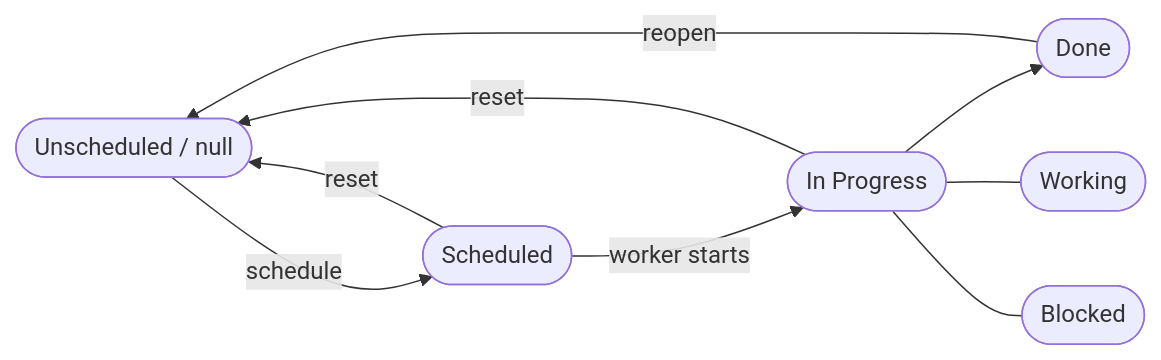
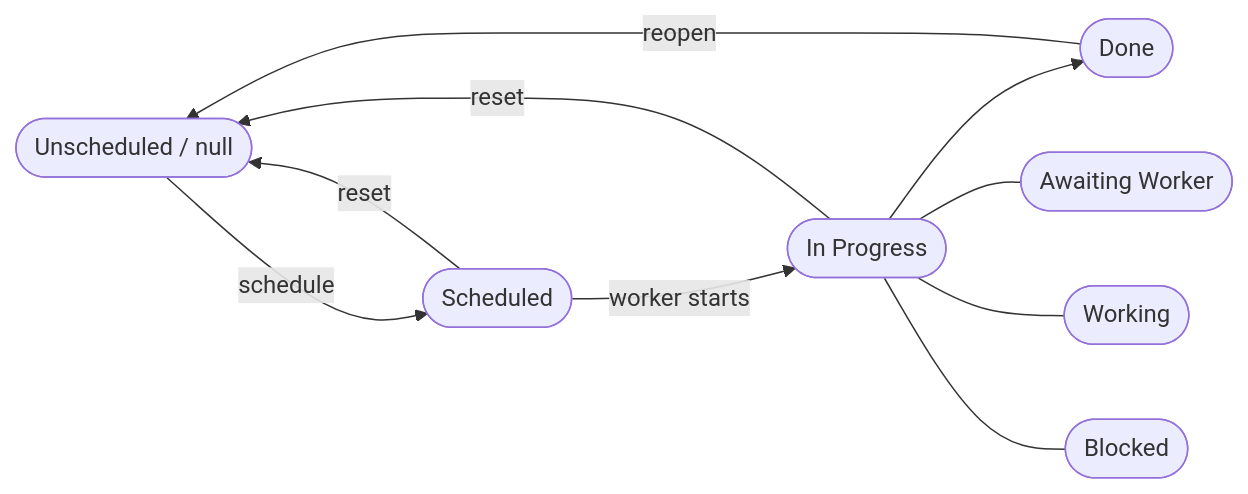
Before and after one commit to ClarifiedLabs/flow: the diagram in docs/usage.md, drawn with Mermaid. The commit also changed other lines of this file, not shown here.

First line of the commit message:
Merge t-flow-0027: Document the awaiting_worker lane state in docs/usage.md

````diff
--- a/docs/usage.md
+++ b/docs/usage.md
@@ -50,11 +50,12 @@
 ```mermaid
 flowchart LR
     unscheduled([Unscheduled / null]) -->|schedule| scheduled([Scheduled])
     scheduled -->|worker starts| progress([In Progress])
     progress --> done([Done])
+    progress --- awaiting([Awaiting Worker])
     progress --- working([Working])
     progress --- blocked([Blocked])
     scheduled -->|reset| unscheduled
     progress -->|reset| unscheduled
     done -->|reopen| unscheduled
 ```
````
